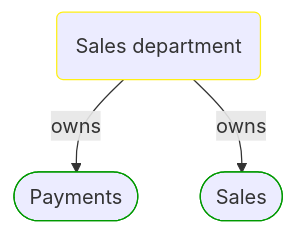
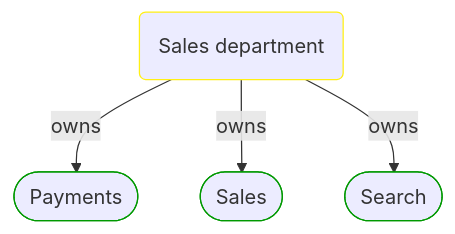
The diagram in Docs/P3/MermaidOutput/People/BusinessOrganizationalUnits/SalesDepartment.md (itlibrium/DDD-starter-dotnet), drawn with Mermaid before and after one commit. The commit also changed other lines of this file and 10 other files, not shown here.

````diff
--- a/Docs/P3/MermaidOutput/People/BusinessOrganizationalUnits/SalesDepartment.md
+++ b/Docs/P3/MermaidOutput/People/BusinessOrganizationalUnits/SalesDepartment.md
@@ -18,14 +18,17 @@
 ```mermaid
   flowchart TB
     0(Sales department)
     class 0 PeoplePerspective
     1([Payments])
     class 1 DomainPerspective
     0-->|owns|1
     2([Sales])
     class 2 DomainPerspective
     0-->|owns|2
+    3([Search])
+    class 3 DomainPerspective
+    0-->|owns|3
     classDef DomainPerspective stroke:#009900
     classDef TechnologyPerspective stroke:#1F41EB
     classDef PeoplePerspective stroke:#FFF014
 ```
````
